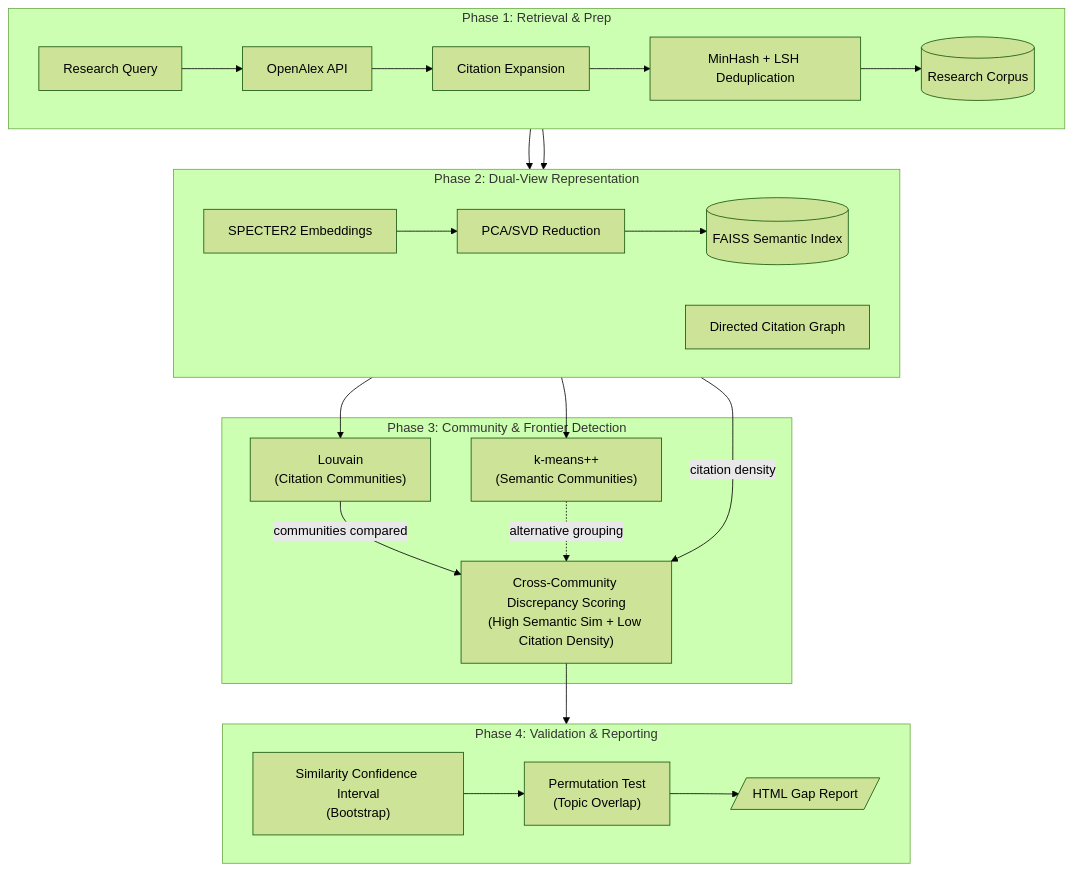
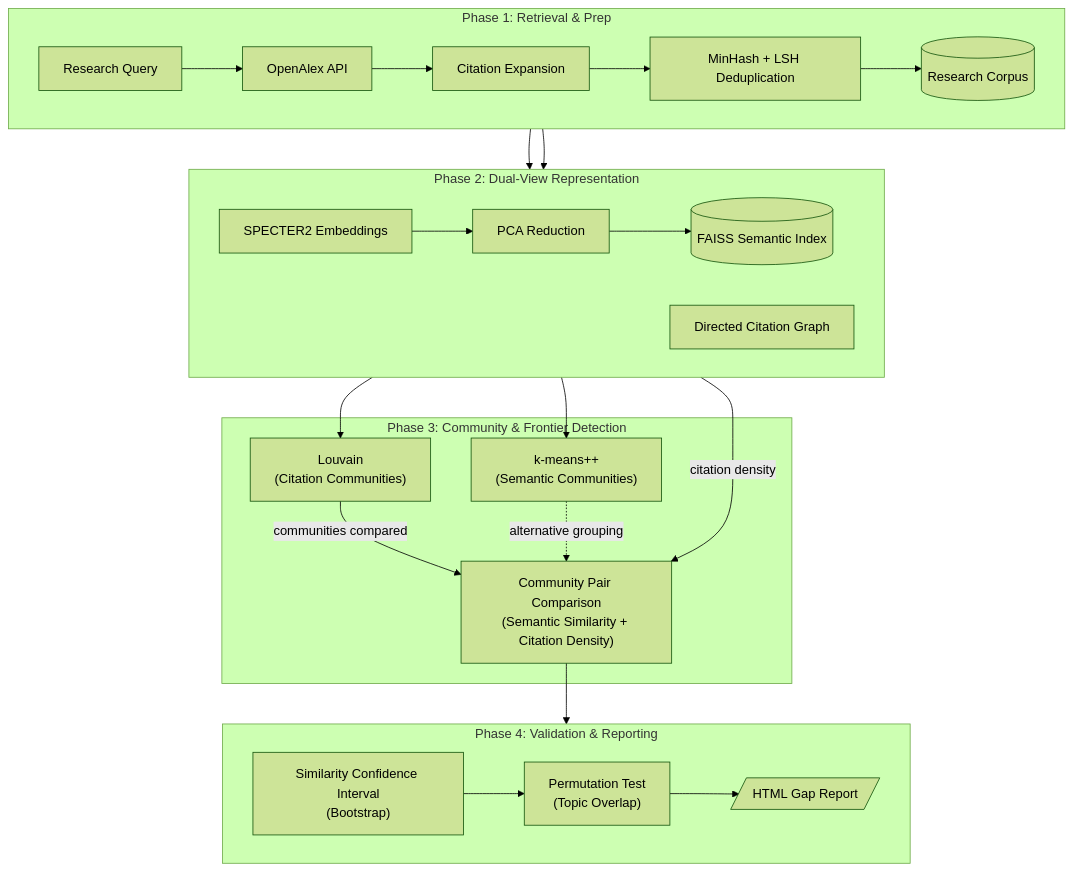
One commit to bhavya-parmar/RGD changed the diagram in README.md. Above: the diagram before and after it, drawn with Mermaid (forest theme). The commit also changed other lines of this file and 1 other file, not shown here.

````diff
--- a/README.md
+++ b/README.md
@@ -24,33 +24,33 @@
 ```mermaid
 flowchart TD
     subgraph P1["Phase 1: Retrieval & Prep"]
         direction LR
         Q["Research Query"] --> OA["OpenAlex API"] --> CE["Citation Expansion"] --> DD["MinHash + LSH Deduplication"] --> RC[("Research Corpus")]
     end
 
     subgraph P2["Phase 2: Dual-View Representation"]
         direction LR
-        EMB["SPECTER2 Embeddings"] --> PCA["PCA/SVD Reduction"] --> FAISS[("FAISS Semantic Index")]
+        EMB["SPECTER2 Embeddings"] --> PCA["PCA Reduction"] --> FAISS[("FAISS Semantic Index")]
         CG["Directed Citation Graph"]
     end
 
     subgraph P3["Phase 3: Community & Frontier Detection"]
         KM["k-means++<br/>(Semantic Communities)"]
         SL["Louvain<br/>(Citation Communities)"]
-        DS["Cross-Community Discrepancy Scoring<br/>(High Semantic Sim + Low Citation Density)"]
+        DS["Community Pair Comparison<br/>(Semantic Similarity + Citation Density)"]
         SL -->|"communities compared"| DS
         KM -.->|"alternative grouping"| DS
     end
 
     subgraph P4["Phase 4: Validation & Reporting"]
         direction LR
         BS["Similarity Confidence Interval<br/>(Bootstrap)"] --> PT["Permutation Test<br/>(Topic Overlap)"] --> REP[/"HTML Gap Report"/]
     end
 
     RC --> EMB
     RC --> CG
     FAISS --> KM
     CG --> SL
     CG -->|"citation density"| DS
     DS --> BS
 ```
````
